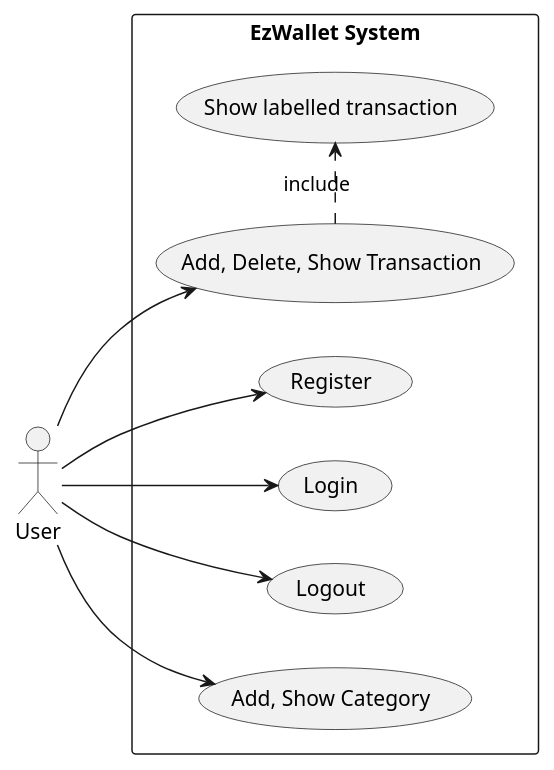
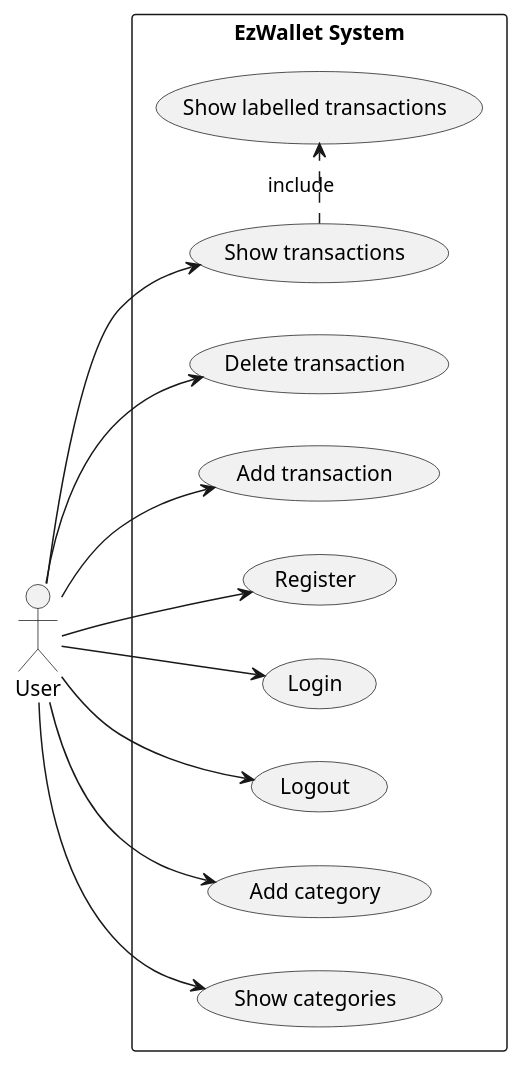
The second of 5 diagrams in RequirementsDocumentV1.md (lara-m2000/ezwallet), drawn with PlantUML before and after one commit. The commit also changed other lines of this file, not shown here.

````diff
--- a/RequirementsDocumentV1.md
+++ b/RequirementsDocumentV1.md
@@ -164,26 +164,37 @@
 ```plantuml
 @startuml
 left to right direction
 
 actor User
 
 rectangle "EzWallet System" as System {
-	usecase "Add, Delete, Show Transaction" as Transaction
+	usecase "Delete transaction" as DelTransaction
+	usecase "Show transactions" as ShowTransactions
+	usecase "Add transaction" as AddTransaction
 
 	usecase Register
 	usecase Login
 	usecase Logout
-	usecase "Show labelled transaction" as Labelled
+	usecase "Show labelled transactions" as Labelled
 
-	usecase "Add, Show Category" as Category
+	usecase "Add category" as AddCategory
+	usecase "Show categories" as ShowCategories
 }
 
-User --> Transaction
+User --> DelTransaction
+User --> ShowTransactions
+User --> AddTransaction
+ShowTransactions .> Labelled : include
+
+User --> AddCategory
+User --> ShowCategories
+
 User --> Register
 User --> Login
-User --> Category
 User --> Logout
-Transaction .> Labelled : include
+
+
+
 
 @enduml
 ```
````
